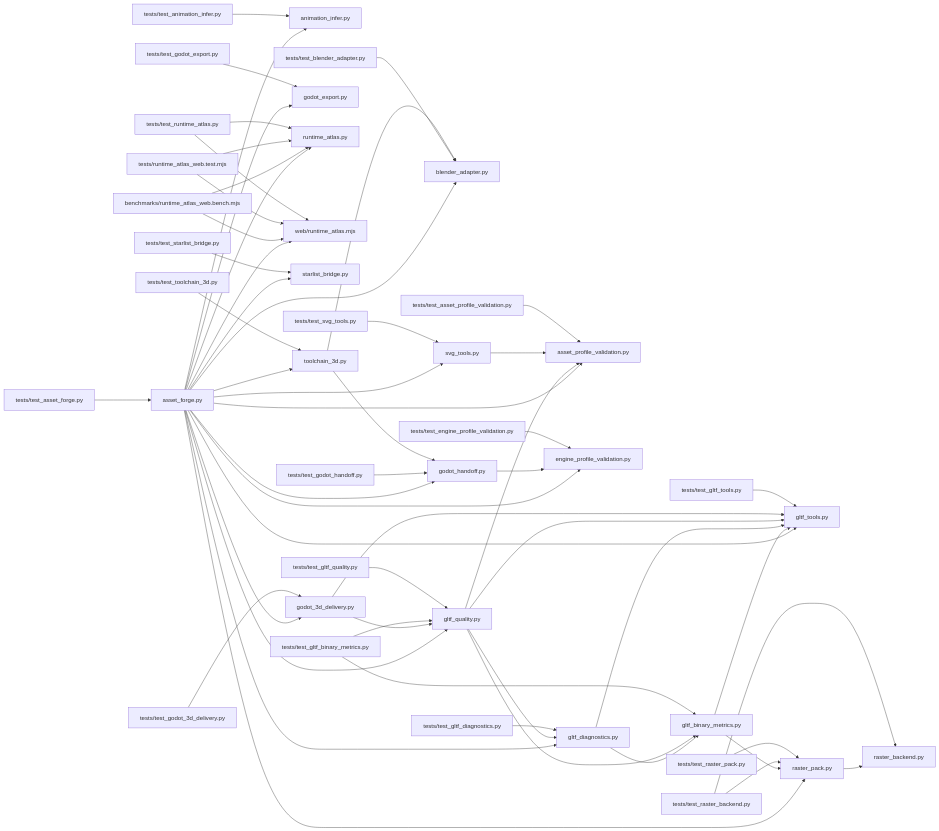
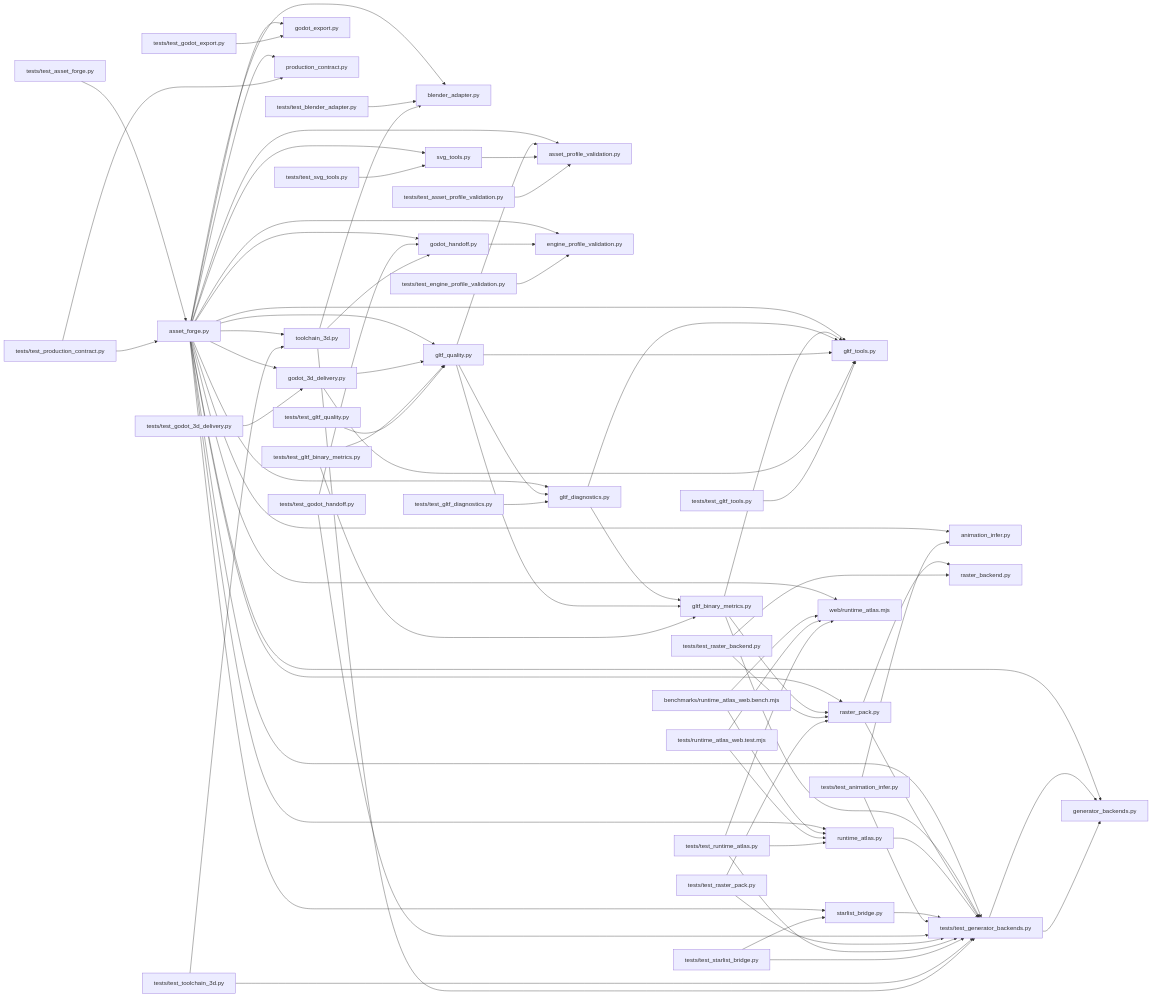
One commit to dbrckk/asset-forge changed the diagram in .ai/brain/architecture.mmd. Above: the diagram before and after it, drawn with Mermaid. The commit also changed 92 other files, not shown here.

```diff
--- a/.ai/brain/architecture.mmd
+++ b/.ai/brain/architecture.mmd
@@ -1,57 +1,75 @@
 flowchart LR
   nf6aaebdb60["asset_forge.py"] --> na6af60504f["animation_infer.py"]
   nf6aaebdb60["asset_forge.py"] --> n0b538ad53a["asset_profile_validation.py"]
   nf6aaebdb60["asset_forge.py"] --> n53f8241bed["blender_adapter.py"]
   nf6aaebdb60["asset_forge.py"] --> n6c970becb0["engine_profile_validation.py"]
+  nf6aaebdb60["asset_forge.py"] --> n628d7e8336["generator_backends.py"]
   nf6aaebdb60["asset_forge.py"] --> n75933d141d["gltf_diagnostics.py"]
   nf6aaebdb60["asset_forge.py"] --> n40671eb73f["gltf_quality.py"]
   nf6aaebdb60["asset_forge.py"] --> n603af8be95["gltf_tools.py"]
   nf6aaebdb60["asset_forge.py"] --> n19f6cc30a2["godot_3d_delivery.py"]
   nf6aaebdb60["asset_forge.py"] --> nf513c6f74a["godot_export.py"]
   nf6aaebdb60["asset_forge.py"] --> n4ac24c4308["godot_handoff.py"]
+  nf6aaebdb60["asset_forge.py"] --> n053badf172["production_contract.py"]
   nf6aaebdb60["asset_forge.py"] --> n812f5d6cd8["raster_pack.py"]
   nf6aaebdb60["asset_forge.py"] --> n5b9c1dbfe7["runtime_atlas.py"]
   nf6aaebdb60["asset_forge.py"] --> nbf71796fb5["web/runtime_atlas.mjs"]
   nf6aaebdb60["asset_forge.py"] --> n60f2773fae["starlist_bridge.py"]
   nf6aaebdb60["asset_forge.py"] --> nd1a9eb18f4["svg_tools.py"]
   nf6aaebdb60["asset_forge.py"] --> n9f52789201["toolchain_3d.py"]
   nf1083f5ce7["benchmarks/runtime_atlas_web.bench.mjs"] --> n5b9c1dbfe7["runtime_atlas.py"]
   nf1083f5ce7["benchmarks/runtime_atlas_web.bench.mjs"] --> nbf71796fb5["web/runtime_atlas.mjs"]
   nf2ad6ffaad["gltf_binary_metrics.py"] --> n603af8be95["gltf_tools.py"]
   nf2ad6ffaad["gltf_binary_metrics.py"] --> n812f5d6cd8["raster_pack.py"]
   n75933d141d["gltf_diagnostics.py"] --> nf2ad6ffaad["gltf_binary_metrics.py"]
   n75933d141d["gltf_diagnostics.py"] --> n603af8be95["gltf_tools.py"]
   n40671eb73f["gltf_quality.py"] --> n0b538ad53a["asset_profile_validation.py"]
   n40671eb73f["gltf_quality.py"] --> nf2ad6ffaad["gltf_binary_metrics.py"]
   n40671eb73f["gltf_quality.py"] --> n75933d141d["gltf_diagnostics.py"]
   n40671eb73f["gltf_quality.py"] --> n603af8be95["gltf_tools.py"]
   n19f6cc30a2["godot_3d_delivery.py"] --> n40671eb73f["gltf_quality.py"]
   n19f6cc30a2["godot_3d_delivery.py"] --> n603af8be95["gltf_tools.py"]
   n4ac24c4308["godot_handoff.py"] --> n6c970becb0["engine_profile_validation.py"]
   n812f5d6cd8["raster_pack.py"] --> n1f573e1b00["raster_backend.py"]
   nd1a9eb18f4["svg_tools.py"] --> n0b538ad53a["asset_profile_validation.py"]
   n6d6a7f3f5f["tests/runtime_atlas_web.test.mjs"] --> n5b9c1dbfe7["runtime_atlas.py"]
   n6d6a7f3f5f["tests/runtime_atlas_web.test.mjs"] --> nbf71796fb5["web/runtime_atlas.mjs"]
   ndd9a4fb45c["tests/test_animation_infer.py"] --> na6af60504f["animation_infer.py"]
   na7d4387d3f["tests/test_asset_forge.py"] --> nf6aaebdb60["asset_forge.py"]
   necd522caf1["tests/test_asset_profile_validation.py"] --> n0b538ad53a["asset_profile_validation.py"]
   n0b5e01c792["tests/test_blender_adapter.py"] --> n53f8241bed["blender_adapter.py"]
   n69f8299d4b["tests/test_engine_profile_validation.py"] --> n6c970becb0["engine_profile_validation.py"]
+  n3669c12588["tests/test_generator_backends.py"] --> n628d7e8336["generator_backends.py"]
   nd70a422de4["tests/test_gltf_binary_metrics.py"] --> nf2ad6ffaad["gltf_binary_metrics.py"]
   nd70a422de4["tests/test_gltf_binary_metrics.py"] --> n40671eb73f["gltf_quality.py"]
   nfb115d84b9["tests/test_gltf_diagnostics.py"] --> n75933d141d["gltf_diagnostics.py"]
   n9879eb7c58["tests/test_gltf_quality.py"] --> n40671eb73f["gltf_quality.py"]
   nbe4b566f23["tests/test_gltf_tools.py"] --> n603af8be95["gltf_tools.py"]
   n5132dff4b4["tests/test_godot_3d_delivery.py"] --> n19f6cc30a2["godot_3d_delivery.py"]
   n765e2032dc["tests/test_godot_export.py"] --> nf513c6f74a["godot_export.py"]
   n796d12e7ad["tests/test_godot_handoff.py"] --> n4ac24c4308["godot_handoff.py"]
+  n2bf208ea95["tests/test_production_contract.py"] --> nf6aaebdb60["asset_forge.py"]
+  n2bf208ea95["tests/test_production_contract.py"] --> n053badf172["production_contract.py"]
   nfa190699df["tests/test_raster_backend.py"] --> n1f573e1b00["raster_backend.py"]
   nfa190699df["tests/test_raster_backend.py"] --> n812f5d6cd8["raster_pack.py"]
   nacd4f64dad["tests/test_raster_pack.py"] --> n812f5d6cd8["raster_pack.py"]
   n648bc622f8["tests/test_runtime_atlas.py"] --> n5b9c1dbfe7["runtime_atlas.py"]
   n648bc622f8["tests/test_runtime_atlas.py"] --> nbf71796fb5["web/runtime_atlas.mjs"]
   n741d12fac4["tests/test_starlist_bridge.py"] --> n60f2773fae["starlist_bridge.py"]
   n9799642b7e["tests/test_svg_tools.py"] --> nd1a9eb18f4["svg_tools.py"]
   n67da2e7cde["tests/test_toolchain_3d.py"] --> n9f52789201["toolchain_3d.py"]
   n9f52789201["toolchain_3d.py"] --> n53f8241bed["blender_adapter.py"]
   n9f52789201["toolchain_3d.py"] --> n4ac24c4308["godot_handoff.py"]
+  n3669c12588["tests/test_generator_backends.py"] --> n628d7e8336["generator_backends.py"]
+  nf6aaebdb60["asset_forge.py"] --> n3669c12588["tests/test_generator_backends.py"]
+  nf2ad6ffaad["gltf_binary_metrics.py"] --> n3669c12588["tests/test_generator_backends.py"]
+  n812f5d6cd8["raster_pack.py"] --> n3669c12588["tests/test_generator_backends.py"]
+  n5b9c1dbfe7["runtime_atlas.py"] --> n3669c12588["tests/test_generator_backends.py"]
+  n60f2773fae["starlist_bridge.py"] --> n3669c12588["tests/test_generator_backends.py"]
+  ndd9a4fb45c["tests/test_animation_infer.py"] --> n3669c12588["tests/test_generator_backends.py"]
+  n796d12e7ad["tests/test_godot_handoff.py"] --> n3669c12588["tests/test_generator_backends.py"]
+  nacd4f64dad["tests/test_raster_pack.py"] --> n3669c12588["tests/test_generator_backends.py"]
+  n648bc622f8["tests/test_runtime_atlas.py"] --> n3669c12588["tests/test_generator_backends.py"]
+  n741d12fac4["tests/test_starlist_bridge.py"] --> n3669c12588["tests/test_generator_backends.py"]
+  n67da2e7cde["tests/test_toolchain_3d.py"] --> n3669c12588["tests/test_generator_backends.py"]
+  n9f52789201["toolchain_3d.py"] --> n3669c12588["tests/test_generator_backends.py"]
```
